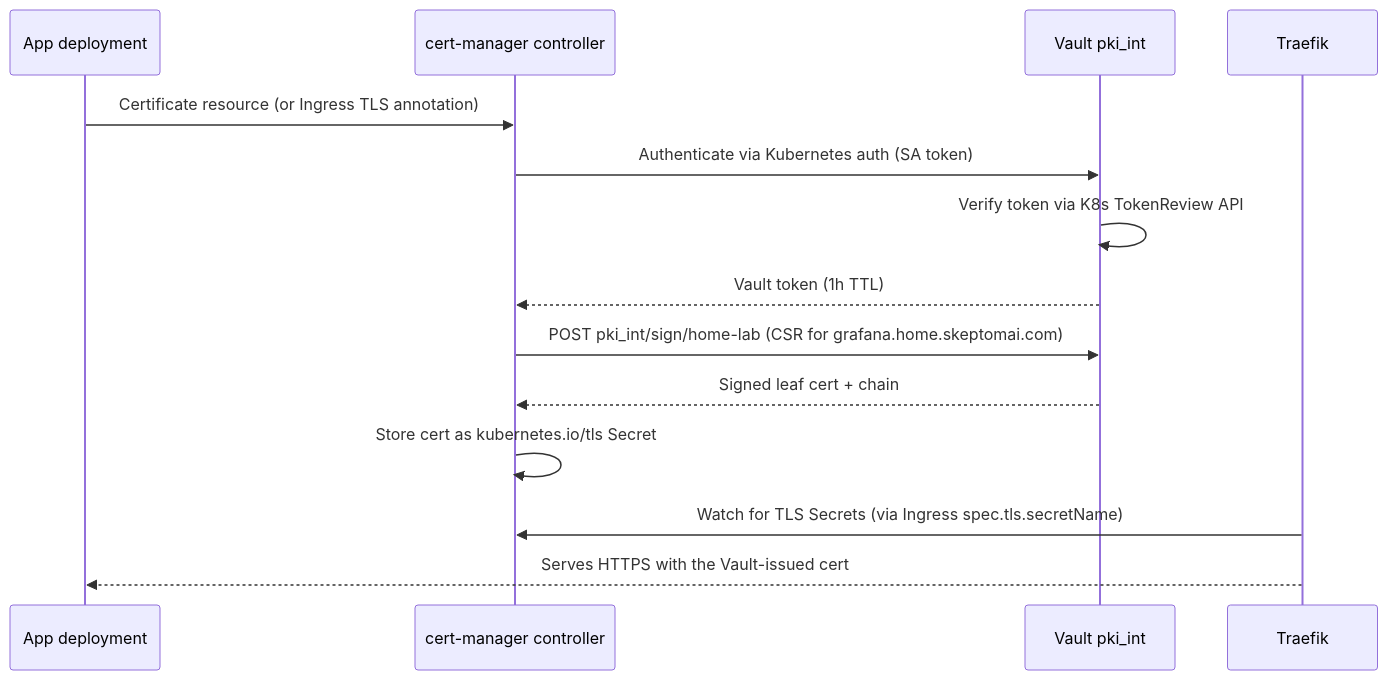
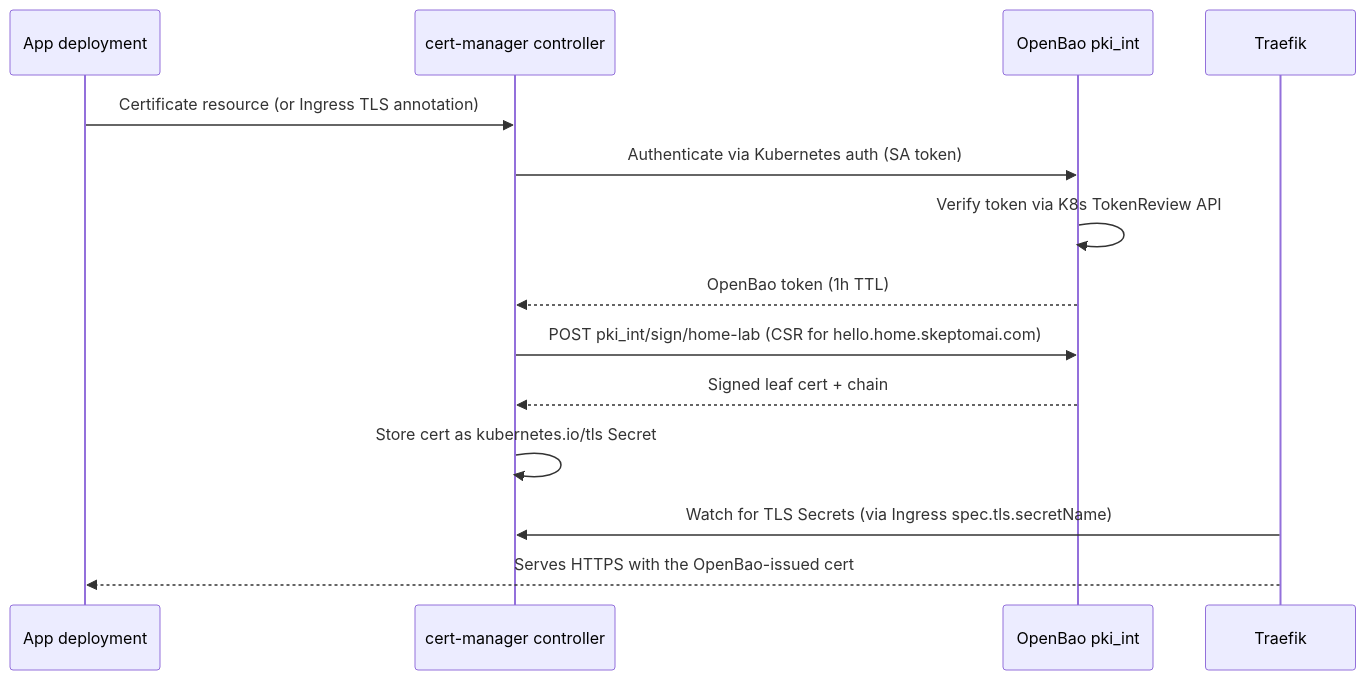
One commit to skeptomai/k3s-experiments changed the fifth of 5 diagrams in docs/vip-architecture.md. Above: the diagram before and after it, drawn with Mermaid. The commit also changed other lines of this file and 2 other files, not shown here.

````diff
--- a/docs/vip-architecture.md
+++ b/docs/vip-architecture.md
@@ -315,17 +315,17 @@
 ```mermaid
 sequenceDiagram
     participant app as App deployment
     participant cm as cert-manager controller
-    participant vault as Vault pki_int
+    participant bao as OpenBao pki_int
     participant traefik as Traefik
 
     app->>cm: Certificate resource (or Ingress TLS annotation)
-    cm->>vault: Authenticate via Kubernetes auth (SA token)
-    vault->>vault: Verify token via K8s TokenReview API
-    vault-->>cm: Vault token (1h TTL)
-    cm->>vault: POST pki_int/sign/home-lab (CSR for grafana.home.skeptomai.com)
-    vault-->>cm: Signed leaf cert + chain
+    cm->>bao: Authenticate via Kubernetes auth (SA token)
+    bao->>bao: Verify token via K8s TokenReview API
+    bao-->>cm: OpenBao token (1h TTL)
+    cm->>bao: POST pki_int/sign/home-lab (CSR for hello.home.skeptomai.com)
+    bao-->>cm: Signed leaf cert + chain
     cm->>cm: Store cert as kubernetes.io/tls Secret
     traefik->>cm: Watch for TLS Secrets (via Ingress spec.tls.secretName)
-    traefik-->>app: Serves HTTPS with the Vault-issued cert
+    traefik-->>app: Serves HTTPS with the OpenBao-issued cert
 ```
````
